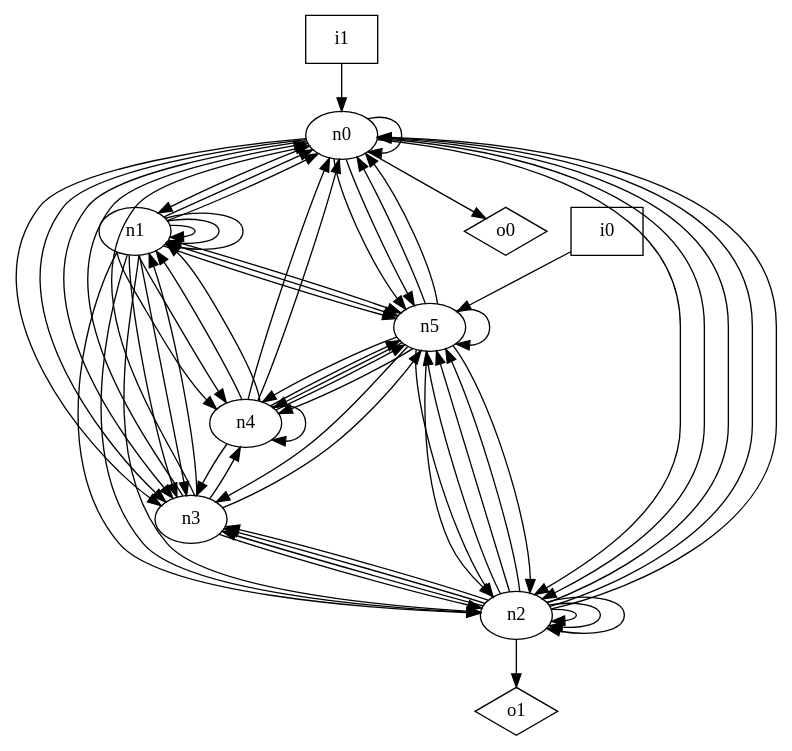
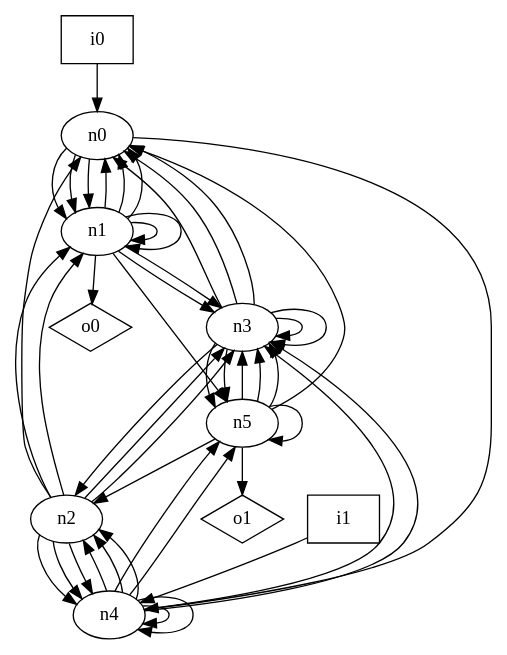
Before and after one commit to p9romain/bool-circuits: the diagram in dot_files/random_graph/graph.dot, drawn with Graphviz. The commit also changed 74 other files, not shown here.

```diff
--- a/dot_files/random_graph/graph.dot
+++ b/dot_files/random_graph/graph.dot
@@ -1,76 +1,59 @@
 digraph G {
 n0 [label="n0"];
 n1 [label="n1"];
 n2 [label="n2"];
 n3 [label="n3"];
 n4 [label="n4"];
 n5 [label="n5"];
 n6 [label="i0",shape="box"];
 n7 [label="i1",shape="box"];
 n8 [label="o0",shape="diamond"];
 n9 [label="o1",shape="diamond"];
-n0 -> n0
 n0 -> n1
-n0 -> n2
-n0 -> n2
-n0 -> n3
-n0 -> n3
-n0 -> n3
-n0 -> n5
-n0 -> n5
-n0 -> n8
+n0 -> n1
+n0 -> n1
+n0 -> n4
+n1 -> n0
 n1 -> n0
 n1 -> n0
 n1 -> n1
 n1 -> n1
-n1 -> n1
-n1 -> n2
-n1 -> n2
-n1 -> n2
 n1 -> n3
 n1 -> n3
-n1 -> n4
-n1 -> n4
 n1 -> n5
-n1 -> n5
-n1 -> n5
+n1 -> n8
 n2 -> n0
-n2 -> n0
-n2 -> n0
-n2 -> n2
-n2 -> n2
-n2 -> n2
+n2 -> n1
+n2 -> n1
 n2 -> n3
 n2 -> n3
-n2 -> n3
-n2 -> n5
-n2 -> n5
-n2 -> n5
-n2 -> n9
+n2 -> n4
+n2 -> n4
+n2 -> n4
 n3 -> n0
 n3 -> n0
-n3 -> n1
+n3 -> n0
 n3 -> n2
-n3 -> n4
+n3 -> n3
+n3 -> n3
 n3 -> n5
-n4 -> n0
-n4 -> n0
-n4 -> n1
-n4 -> n1
+n3 -> n5
+n4 -> n2
+n4 -> n2
+n4 -> n2
 n4 -> n3
+n4 -> n3
+n4 -> n4
 n4 -> n4
 n4 -> n5
 n4 -> n5
 n5 -> n0
-n5 -> n0
-n5 -> n2
-n5 -> n2
 n5 -> n2
 n5 -> n3
-n5 -> n4
-n5 -> n4
-n5 -> n4
+n5 -> n3
+n5 -> n3
 n5 -> n5
-n6 -> n5
-n7 -> n0
+n5 -> n9
+n6 -> n0
+n7 -> n4
 }
```
